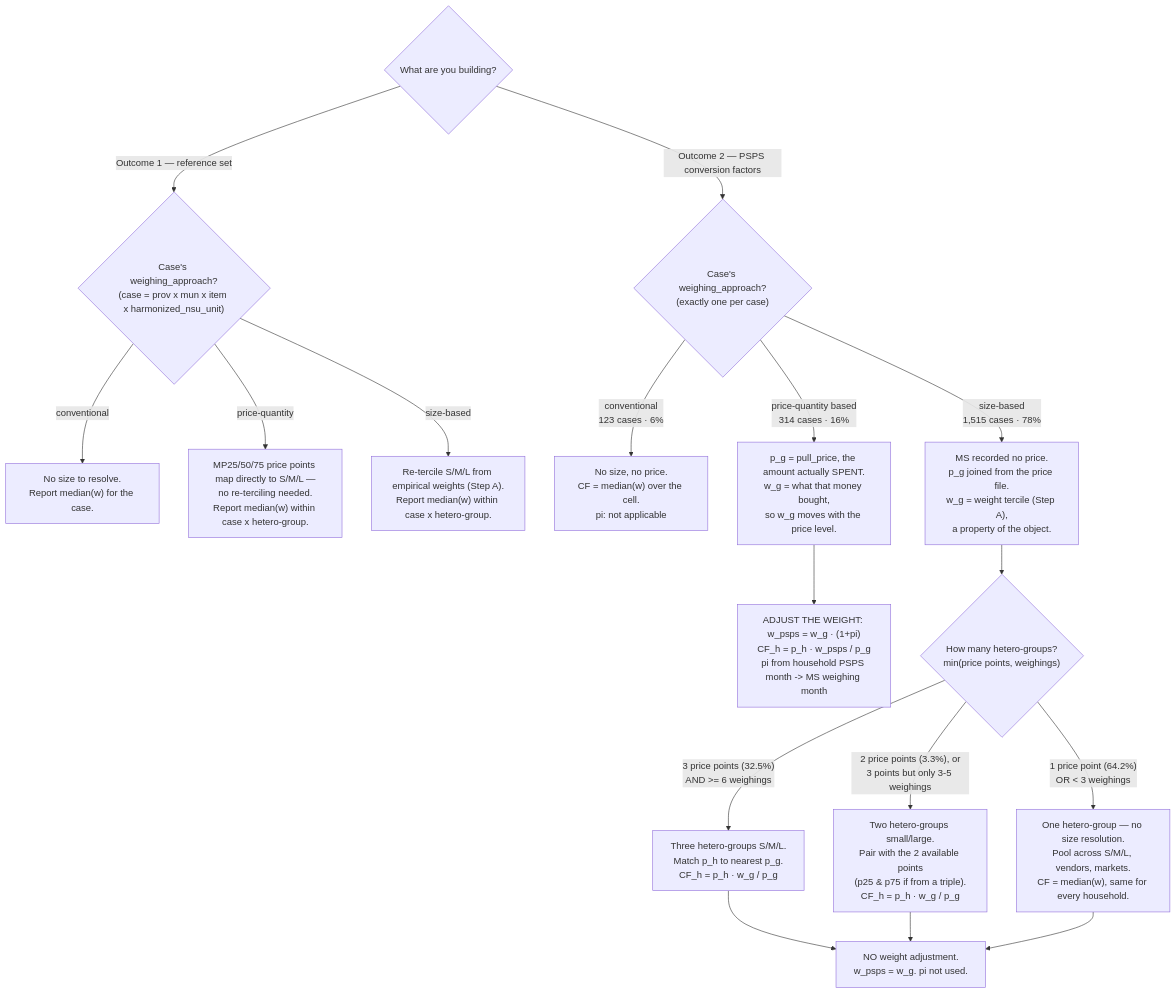
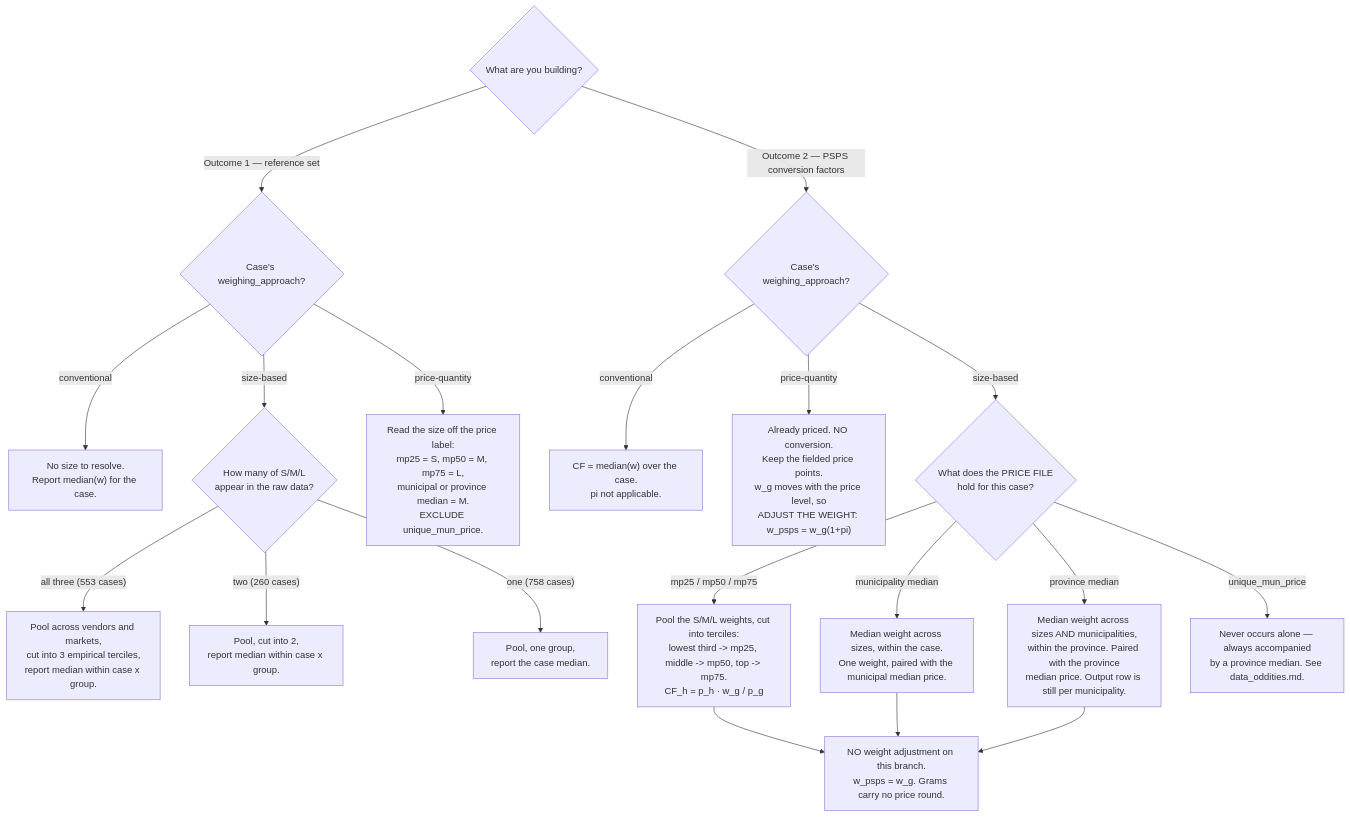
The first of 2 diagrams in docs/conversion_factor_methodology.md (Shineyang03/nsu-market-survey-cleaning), drawn with Mermaid before and after one commit. The commit also changed other lines of this file, not shown here.

````diff
--- a/docs/conversion_factor_methodology.md
+++ b/docs/conversion_factor_methodology.md
@@ -37,27 +50,27 @@
 ```mermaid
 flowchart TD
     G{"What are you building?"}
-    G -->|"Outcome 1 — reference set"| WA1{"Case's weighing_approach?<br/>(case = prov x mun x item x harmonized_nsu_unit)"}
 
+    G -->|"Outcome 1 — reference set"| WA1{"Case's weighing_approach?"}
     WA1 -->|"conventional"| OC["No size to resolve.<br/>Report median(w) for the case."]
-    WA1 -->|"price-quantity"| OP["MP25/50/75 price points map directly to S/M/L —<br/>no re-terciling needed.<br/>Report median(w) within case x hetero-group."]
-    WA1 -->|"size-based"| OS["Re-tercile S/M/L from empirical weights (Step A).<br/>Report median(w) within case x hetero-group."]
+    WA1 -->|"size-based"| OS1{"How many of S/M/L<br/>appear in the raw data?"}
+    WA1 -->|"price-quantity"| OP1["Read the size off the price label:<br/>mp25 = S, mp50 = M, mp75 = L,<br/>municipal or province median = M.<br/>EXCLUDE unique_mun_price."]
 
-    G -->|"Outcome 2 — PSPS conversion factors"| WA{"Case's weighing_approach?<br/>(exactly one per case)"}
+    OS1 -->|"all three (553 cases)"| OS3["Pool across vendors and markets,<br/>cut into 3 empirical terciles,<br/>report median within case x group."]
+    OS1 -->|"two (260 cases)"| OS2["Pool, cut into 2,<br/>report median within case x group."]
+    OS1 -->|"one (758 cases)"| OS0["Pool, one group,<br/>report the case median."]
 
-    WA -->|"conventional<br/>123 cases · 6%"| C1["No size, no price.<br/>CF = median(w) over the cell.<br/>pi: not applicable"]
+    G -->|"Outcome 2 — PSPS conversion factors"| WA2{"Case's weighing_approach?"}
+    WA2 -->|"conventional"| C1["CF = median(w) over the case.<br/>pi not applicable."]
+    WA2 -->|"price-quantity"| P1["Already priced. NO conversion.<br/>Keep the fielded price points.<br/>w_g moves with the price level, so<br/>ADJUST THE WEIGHT: w_psps = w_g(1+pi)"]
+    WA2 -->|"size-based"| S1{"What does the PRICE FILE<br/>hold for this case?"}
 
-    WA -->|"price-quantity based<br/>314 cases · 16%"| P1["p_g = pull_price, the amount actually SPENT.<br/>w_g = what that money bought,<br/>so w_g moves with the price level."]
-    P1 --> P2["ADJUST THE WEIGHT: w_psps = w_g · (1+pi)<br/>CF_h = p_h · w_psps / p_g<br/>pi from household PSPS month -> MS weighing month"]
+    S1 -->|"mp25 / mp50 / mp75"| S3["Pool the S/M/L weights, cut into terciles:<br/>lowest third -> mp25, middle -> mp50, top -> mp75.<br/>CF_h = p_h · w_g / p_g"]
+    S1 -->|"municipality median"| S2m["Median weight across sizes, within the case.<br/>One weight, paired with the municipal median price."]
+    S1 -->|"province median"| S2p["Median weight across sizes AND municipalities,<br/>within the province. Paired with the province<br/>median price. Output row is still per municipality."]
+    S1 -->|"unique_mun_price"| SU["Never occurs alone — always accompanied<br/>by a province median. See data_oddities.md."]
 
-    WA -->|"size-based<br/>1,515 cases · 78%"| S1["MS recorded no price.<br/>p_g joined from the price file.<br/>w_g = weight tercile (Step A),<br/>a property of the object."]
-    S1 --> S2{"How many hetero-groups?<br/>min(price points, weighings)"}
-
-    S2 -->|"3 price points (32.5%)<br/>AND >= 6 weighings"| R3["Three hetero-groups S/M/L.<br/>Match p_h to nearest p_g.<br/>CF_h = p_h · w_g / p_g"]
-    S2 -->|"2 price points (3.3%), or<br/>3 points but only 3-5 weighings"| R2["Two hetero-groups small/large.<br/>Pair with the 2 available points<br/>(p25 & p75 if from a triple).<br/>CF_h = p_h · w_g / p_g"]
-    S2 -->|"1 price point (64.2%)<br/>OR < 3 weighings"| R1["One hetero-group — no size resolution.<br/>Pool across S/M/L, vendors, markets.<br/>CF = median(w), same for every household."]
-
-    R3 --> PI["NO weight adjustment.<br/>w_psps = w_g. pi not used."]
-    R2 --> PI
-    R1 --> PI
+    S3 --> PI["NO weight adjustment on this branch.<br/>w_psps = w_g. Grams carry no price round."]
+    S2m --> PI
+    S2p --> PI
 ```
````
